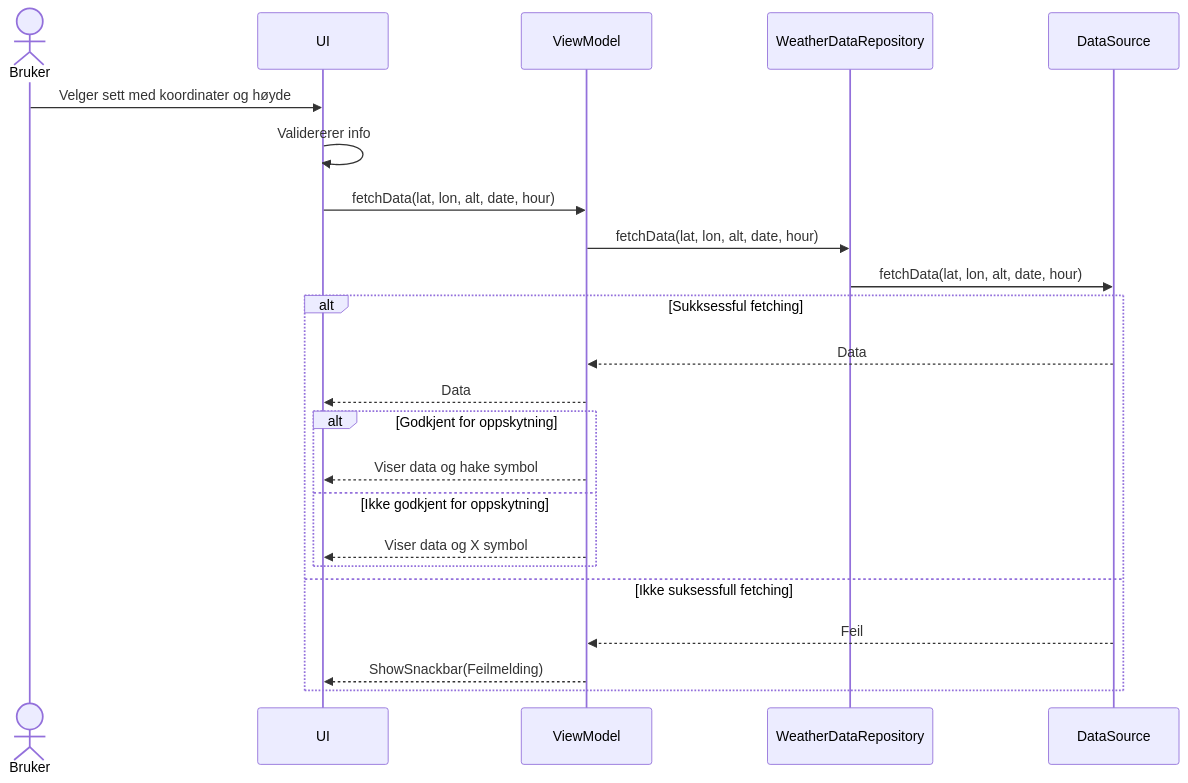
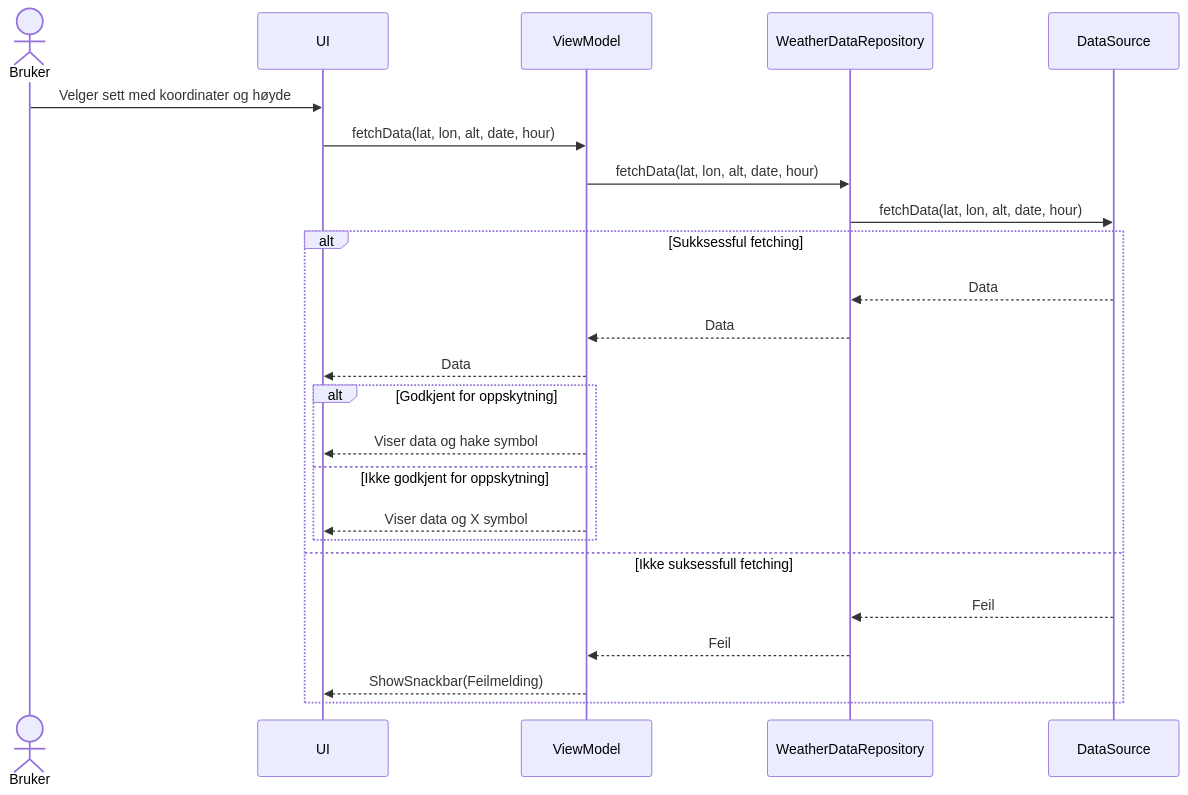
Before and after one commit to Nithusan2002/LiftOff: the first of 2 diagrams in MODELING.md, drawn with Mermaid. The commit also changed other lines of this file, not shown here.

````diff
--- a/MODELING.md
+++ b/MODELING.md
@@ -3,33 +3,31 @@
 ```mermaid
 sequenceDiagram
     actor Bruker
     participant UI
     participant ViewModel
     participant WeatherDataRepository
     participant DataSource
- 
-    
     
     Bruker->>UI: Velger sett med koordinater og høyde
-    UI->>UI: Validererer info
    
     UI->>ViewModel: fetchData(lat, lon, alt, date, hour)
     ViewModel->>WeatherDataRepository: fetchData(lat, lon, alt, date, hour)
     WeatherDataRepository->>DataSource: fetchData(lat, lon, alt, date, hour)
 
     alt Sukksessful fetching
-        DataSource -->> ViewModel: Data
+        DataSource -->> WeatherDataRepository: Data
+        WeatherDataRepository -->> ViewModel: Data
         ViewModel -->> UI: Data
         
         alt Godkjent for oppskytning
             ViewModel -->> UI: Viser data og hake symbol
         else Ikke godkjent for oppskytning
             ViewModel -->> UI: Viser data og X symbol 
         end
 
-
     else Ikke suksessfull fetching
-        DataSource -->> ViewModel: Feil
+        DataSource -->> WeatherDataRepository: Feil
+        WeatherDataRepository -->> ViewModel: Feil
         ViewModel -->>UI: ShowSnackbar(Feilmelding)
     end
 ```
````
